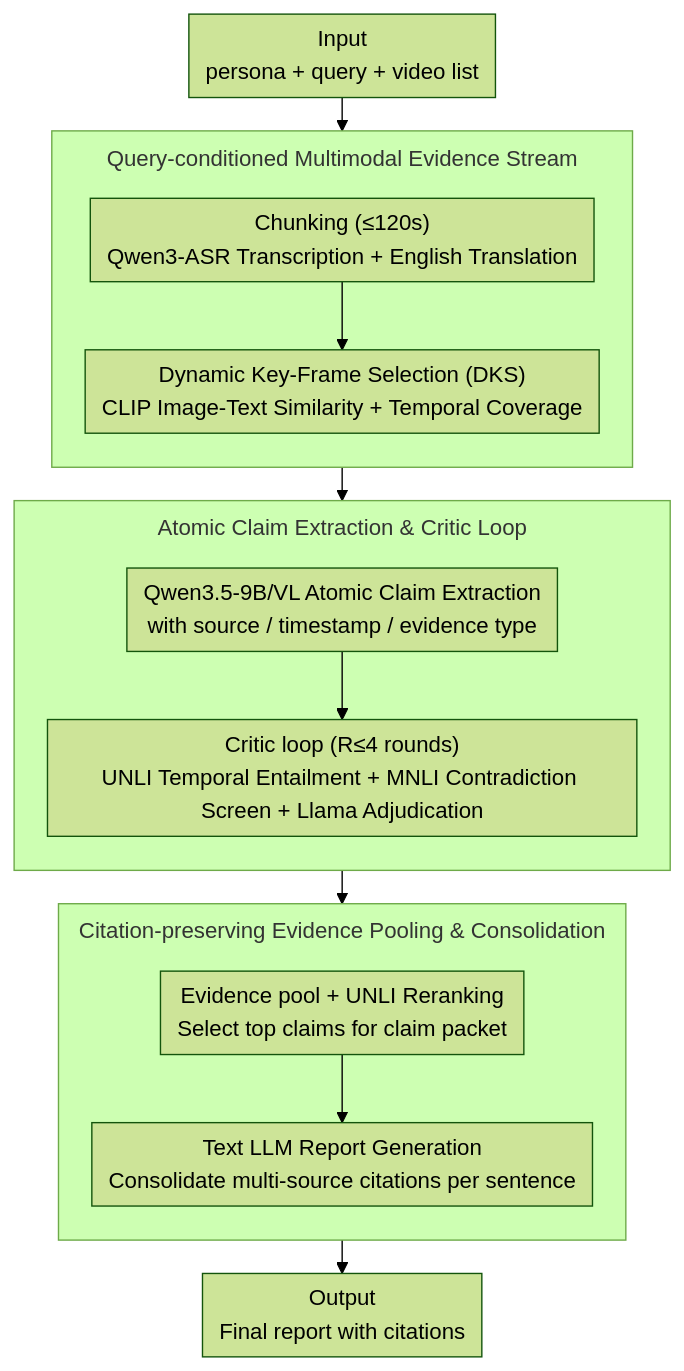
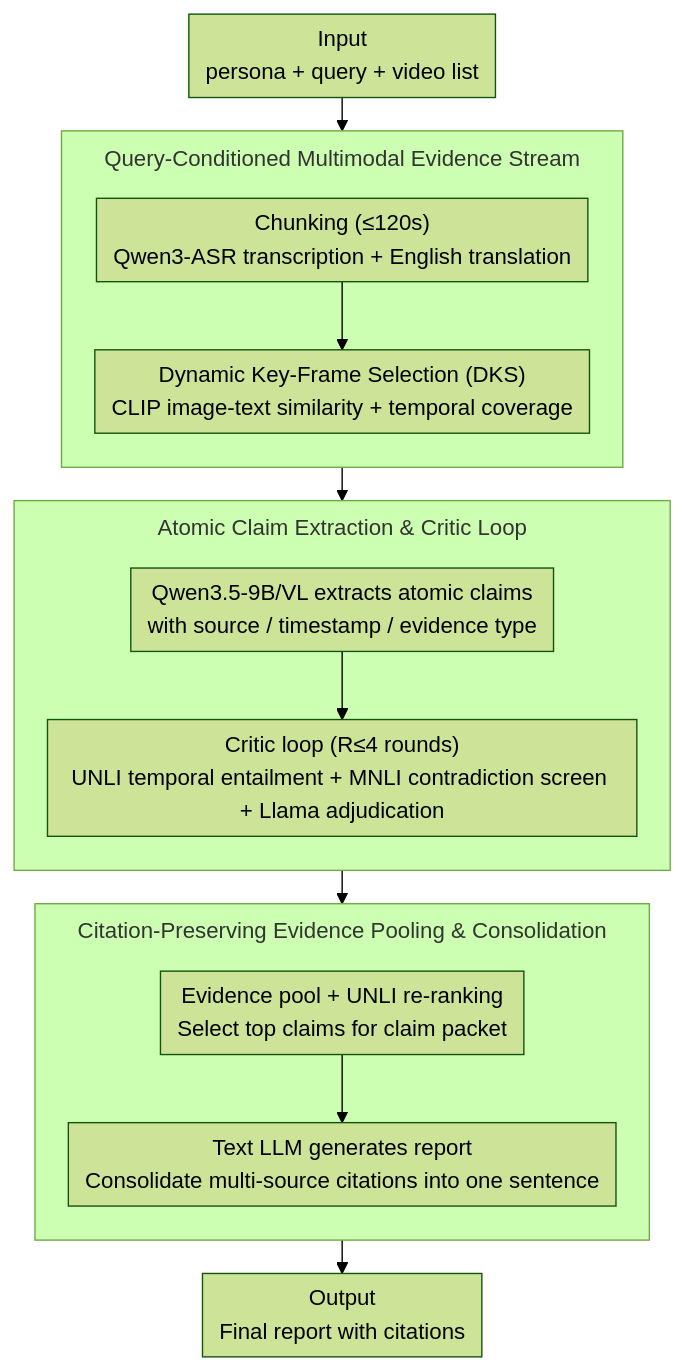
The diagram in docs/ACL2026/multimodal_vlm/craft_critic-refined_adaptive_key-frame_targeting_for_multimodal_video_question_.md (zhaoyang97/Paper-Notes-en), drawn with Mermaid (forest theme) before and after one commit. The commit also changed other lines of this file and 5084 other files, not shown here.

````diff
--- a/docs/ACL2026/multimodal_vlm/craft_critic-refined_adaptive_key-frame_targeting_for_multimodal_video_question_.md
+++ b/docs/ACL2026/multimodal_vlm/craft_critic-refined_adaptive_key-frame_targeting_for_multimodal_video_question_.md
@@ -44,27 +44,27 @@
 ```mermaid
 %%{init: {'flowchart': {'rankSpacing': 24, 'nodeSpacing': 28, 'padding': 6, 'wrappingWidth': 400, 'subGraphTitleMargin': {'top': 8, 'bottom': 16}}}}%%
 flowchart TD
     IN["Input<br/>persona + query + video list"]
-    subgraph EVID["Query-conditioned Multimodal Evidence Stream"]
+    subgraph EVID["Query-Conditioned Multimodal Evidence Stream"]
         direction TB
-        CHUNK["Chunking (≤120s)<br/>Qwen3-ASR Transcription + English Translation"]
-        DKS["Dynamic Key-Frame Selection (DKS)<br/>CLIP Image-Text Similarity + Temporal Coverage"]
+        CHUNK["Chunking (≤120s)<br/>Qwen3-ASR transcription + English translation"]
+        DKS["Dynamic Key-Frame Selection (DKS)<br/>CLIP image-text similarity + temporal coverage"]
         CHUNK --> DKS
     end
     subgraph CRITIC["Atomic Claim Extraction & Critic Loop"]
         direction TB
-        EXTRACT["Qwen3.5-9B/VL Atomic Claim Extraction<br/>with source / timestamp / evidence type"]
-        LOOP["Critic loop (R≤4 rounds)<br/>UNLI Temporal Entailment + MNLI Contradiction Screen + Llama Adjudication"]
+        EXTRACT["Qwen3.5-9B/VL extracts atomic claims<br/>with source / timestamp / evidence type"]
+        LOOP["Critic loop (R≤4 rounds)<br/>UNLI temporal entailment + MNLI contradiction screen + Llama adjudication"]
         EXTRACT --> LOOP
     end
-    subgraph CITE["Citation-preserving Evidence Pooling & Consolidation"]
+    subgraph CITE["Citation-Preserving Evidence Pooling & Consolidation"]
         direction TB
-        POOL["Evidence pool + UNLI Reranking<br/>Select top claims for claim packet"]
-        GEN["Text LLM Report Generation<br/>Consolidate multi-source citations per sentence"]
+        POOL["Evidence pool + UNLI re-ranking<br/>Select top claims for claim packet"]
+        GEN["Text LLM generates report<br/>Consolidate multi-source citations into one sentence"]
         POOL --> GEN
     end
     IN --> EVID
     EVID --> CRITIC
     CRITIC --> CITE
     CITE --> OUT["Output<br/>Final report with citations"]
 ```
````
